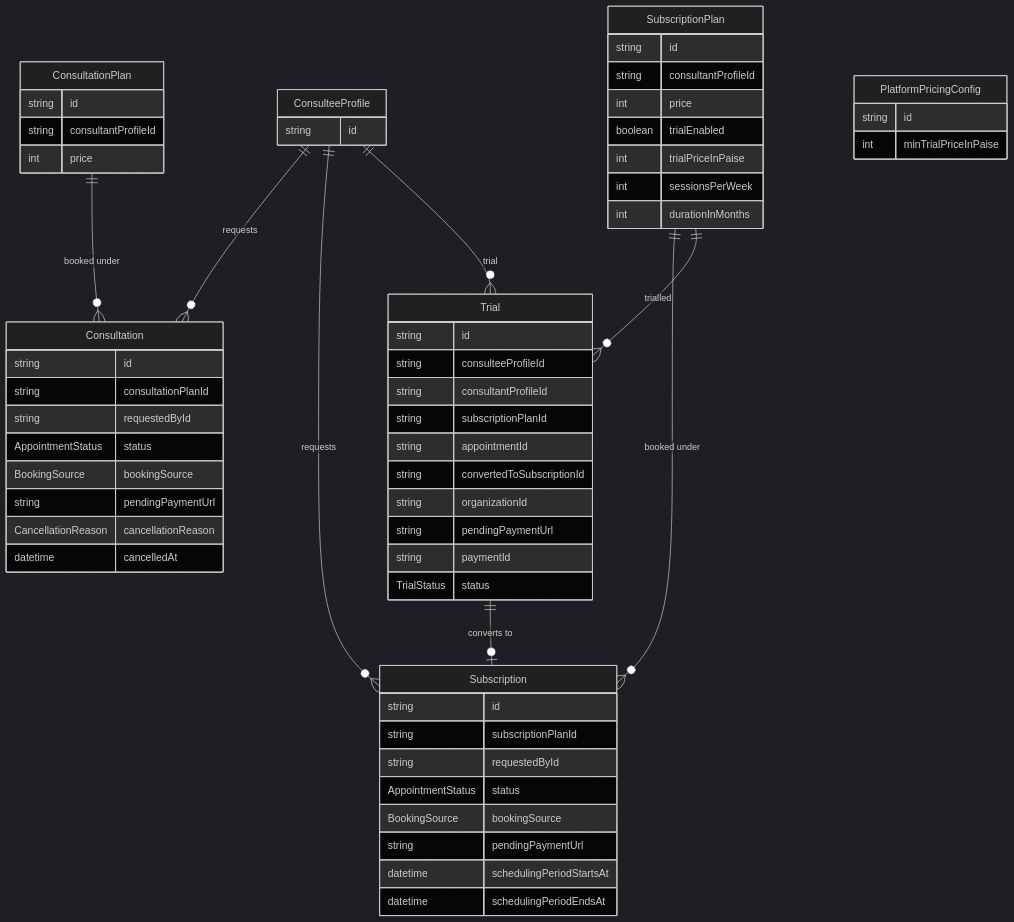
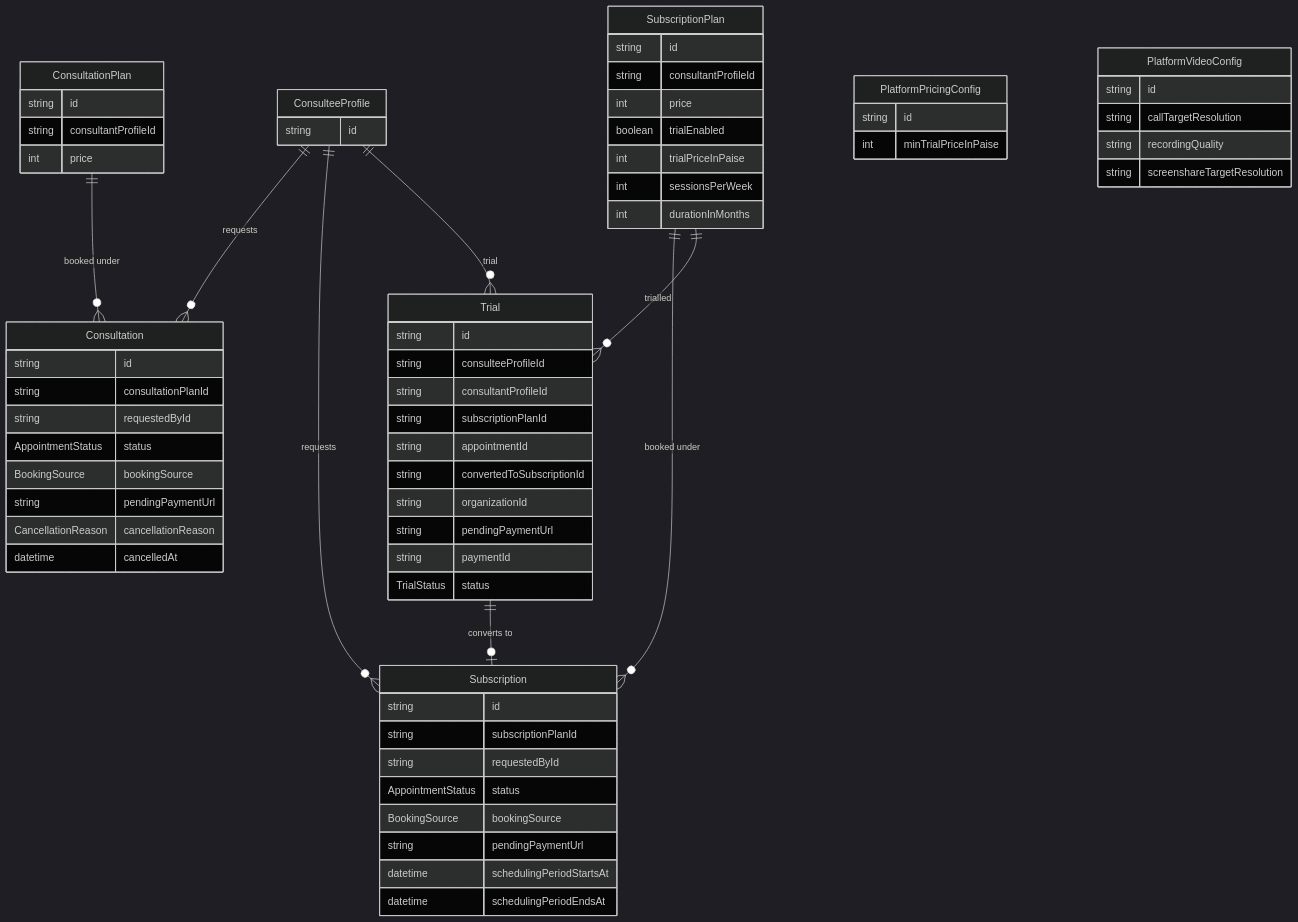
Before and after one commit to Practitionist/familiarise_web: the ninth of 24 diagrams in docs/prisma/00-schema-map.md, drawn with Mermaid (dark theme). The commit also changed 23 other files, not shown here.

First line of the commit message:
feat(stream): staff-editable platform video quality, 720p default

````diff
--- a/docs/prisma/00-schema-map.md
+++ b/docs/prisma/00-schema-map.md
@@ -648,64 +648,70 @@
 ```mermaid
 erDiagram
     ConsulteeProfile {
         string id
     }
     ConsultationPlan {
         string id
         string consultantProfileId
         int price
     }
     Consultation {
         string id
         string consultationPlanId
         string requestedById
         AppointmentStatus status
         BookingSource bookingSource
         string pendingPaymentUrl
         CancellationReason cancellationReason
         datetime cancelledAt
     }
     SubscriptionPlan {
         string id
         string consultantProfileId
         int price
         boolean trialEnabled
         int trialPriceInPaise
         int sessionsPerWeek
         int durationInMonths
     }
     Subscription {
         string id
         string subscriptionPlanId
         string requestedById
         AppointmentStatus status
         BookingSource bookingSource
         string pendingPaymentUrl
         datetime schedulingPeriodStartsAt
         datetime schedulingPeriodEndsAt
     }
     Trial {
         string id
         string consulteeProfileId
         string consultantProfileId
         string subscriptionPlanId
         string appointmentId
         string convertedToSubscriptionId
         string organizationId
         string pendingPaymentUrl
         string paymentId
         TrialStatus status
     }
     PlatformPricingConfig {
         string id
         int minTrialPriceInPaise
     }
+    PlatformVideoConfig {
+        string id
+        string callTargetResolution
+        string recordingQuality
+        string screenshareTargetResolution
+    }
 
     ConsulteeProfile ||--o{ Consultation : "requests"
     ConsultationPlan ||--o{ Consultation : "booked under"
     ConsulteeProfile ||--o{ Subscription : "requests"
     SubscriptionPlan ||--o{ Subscription : "booked under"
     ConsulteeProfile ||--o{ Trial : "trial"
     SubscriptionPlan ||--o{ Trial : "trialled"
     Trial ||--o| Subscription : "converts to"
 ```
````
